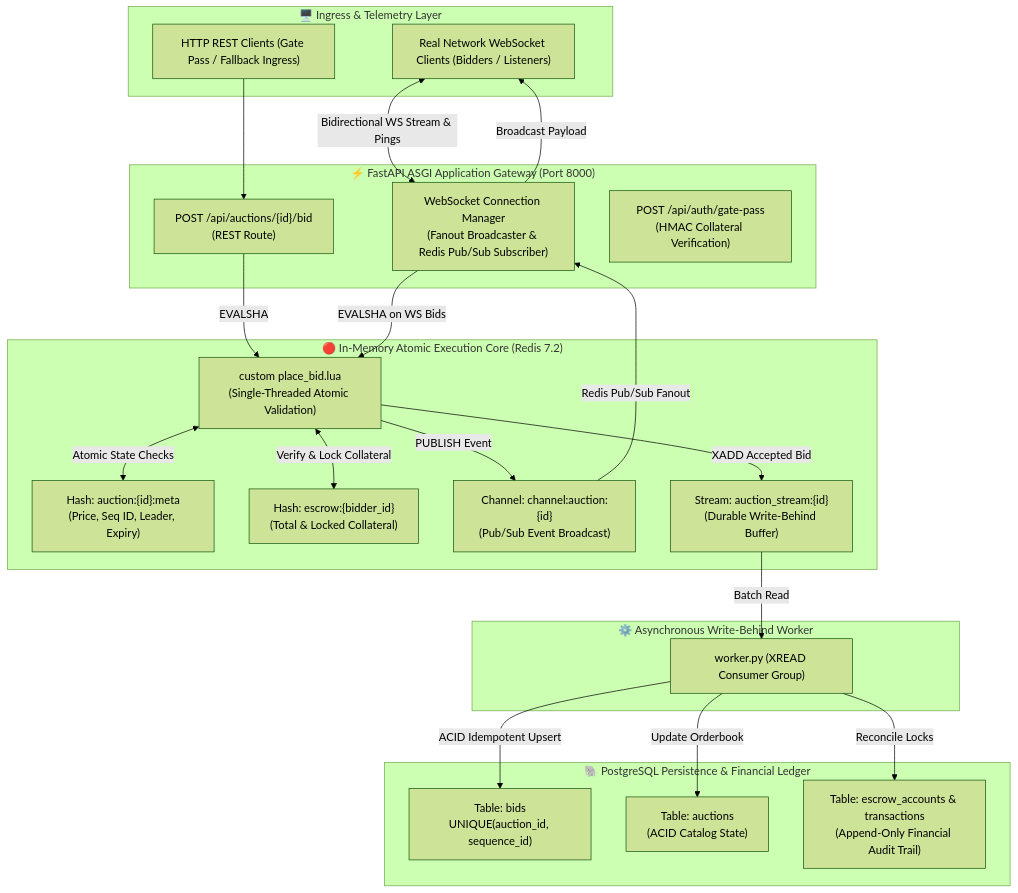
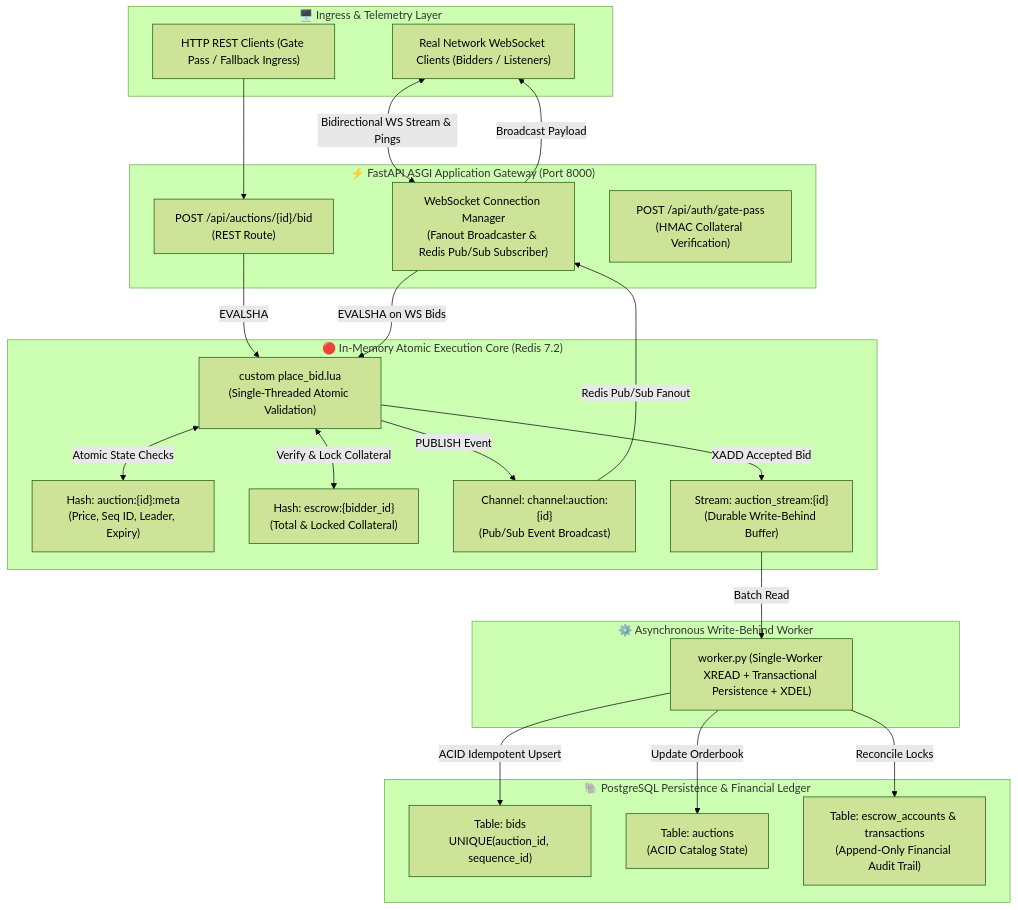
One commit to tejashr0716/Gated-Real-Time-Auction-with-Low-Latency changed the diagram in README.md. Above: the diagram before and after it, drawn with Mermaid (forest theme). The commit also changed other lines of this file and 18 other files, not shown here.

````diff
--- a/README.md
+++ b/README.md
@@ -23,50 +23,50 @@
 ```mermaid
 flowchart TD
     subgraph ClientLayer["🖥️ Ingress & Telemetry Layer"]
         NetworkClients["Real Network WebSocket Clients (Bidders / Listeners)"]
         RESTClients["HTTP REST Clients (Gate Pass / Fallback Ingress)"]
     end
 
     subgraph GatewayLayer["⚡ FastAPI ASGI Application Gateway (Port 8000)"]
         WSManager["WebSocket Connection Manager<br/>(Fanout Broadcaster & Redis Pub/Sub Subscriber)"]
         BidsRoute["POST /api/auctions/{id}/bid<br/>(REST Route)"]
         AuthRoute["POST /api/auth/gate-pass<br/>(HMAC Collateral Verification)"]
     end
 
     subgraph MemoryLayer["🔴 In-Memory Atomic Execution Core (Redis 7.2)"]
         LuaScript["custom place_bid.lua<br/>(Single-Threaded Atomic Validation)"]
         MetaHash["Hash: auction:{id}:meta<br/>(Price, Seq ID, Leader, Expiry)"]
         EscrowHash["Hash: escrow:{bidder_id}<br/>(Total & Locked Collateral)"]
         PubSubChannel["Channel: channel:auction:{id}<br/>(Pub/Sub Event Broadcast)"]
         EventStream["Stream: auction_stream:{id}<br/>(Durable Write-Behind Buffer)"]
     end
 
     subgraph WorkerLayer["⚙️ Asynchronous Write-Behind Worker"]
-        SyncWorker["worker.py (XREAD Consumer Group)"]
+        SyncWorker["worker.py (Single-Worker XREAD + Transactional Persistence + XDEL)"]
     end
 
     subgraph DatabaseLayer["🐘 PostgreSQL Persistence & Financial Ledger"]
         PGBids["Table: bids<br/>UNIQUE(auction_id, sequence_id)"]
         PGAuctions["Table: auctions<br/>(ACID Catalog State)"]
         PGEscrow["Table: escrow_accounts & transactions<br/>(Append-Only Financial Audit Trail)"]
     end
 
     %% Flow Connections
     NetworkClients <-->|Bidirectional WS Stream & Pings| WSManager
     RESTClients --> BidsRoute
     BidsRoute -->|EVALSHA| LuaScript
     WSManager -->|EVALSHA on WS Bids| LuaScript
 
     LuaScript <-->|Atomic State Checks| MetaHash
     LuaScript <-->|Verify & Lock Collateral| EscrowHash
     LuaScript -->|PUBLISH Event| PubSubChannel
     LuaScript -->|XADD Accepted Bid| EventStream
 
     PubSubChannel -->|Redis Pub/Sub Fanout| WSManager
     WSManager -->|Broadcast Payload| NetworkClients
 
     EventStream -->|Batch Read| SyncWorker
     SyncWorker -->|ACID Idempotent Upsert| PGBids
     SyncWorker -->|Update Orderbook| PGAuctions
     SyncWorker -->|Reconcile Locks| PGEscrow
 ```
````
